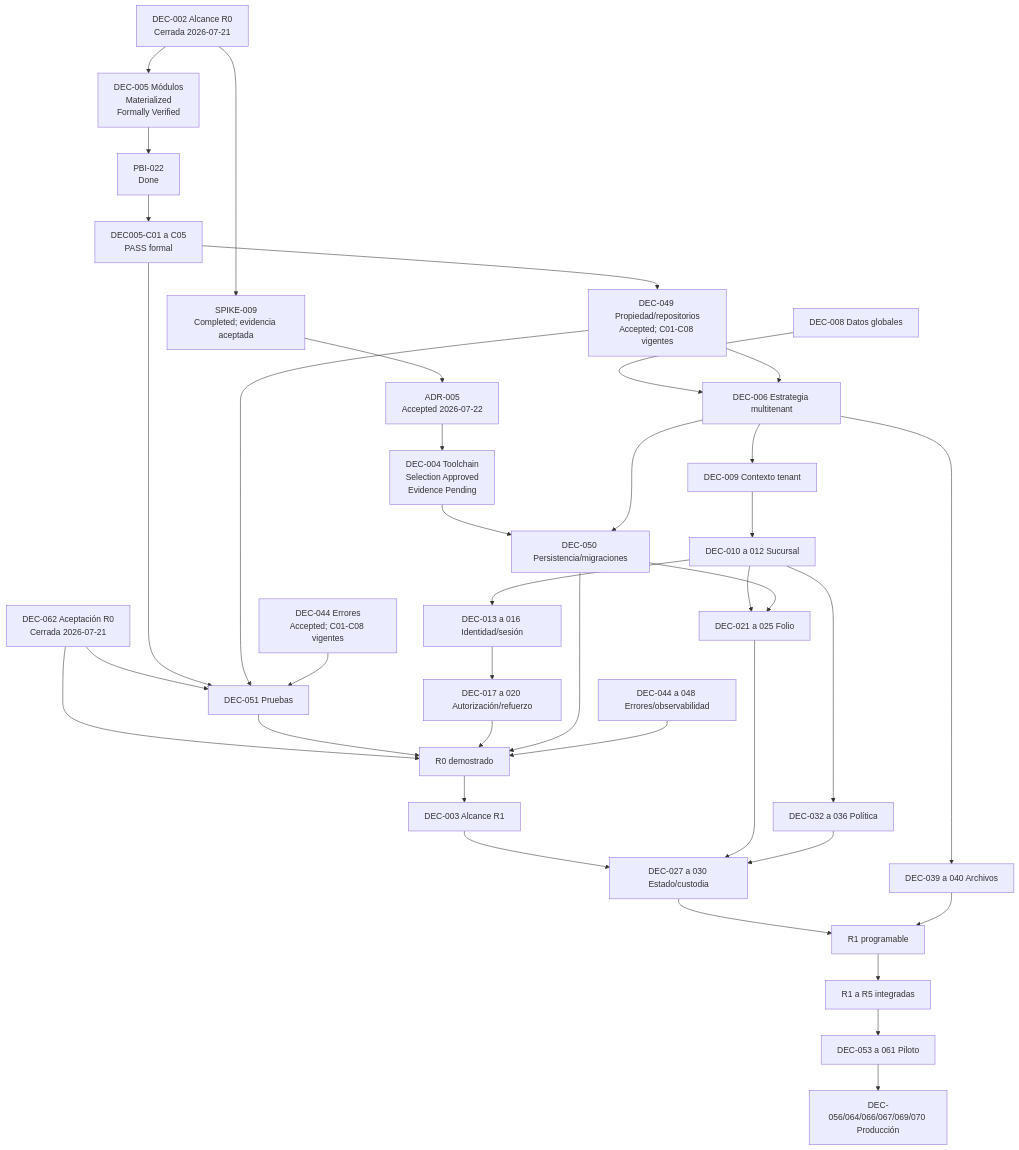
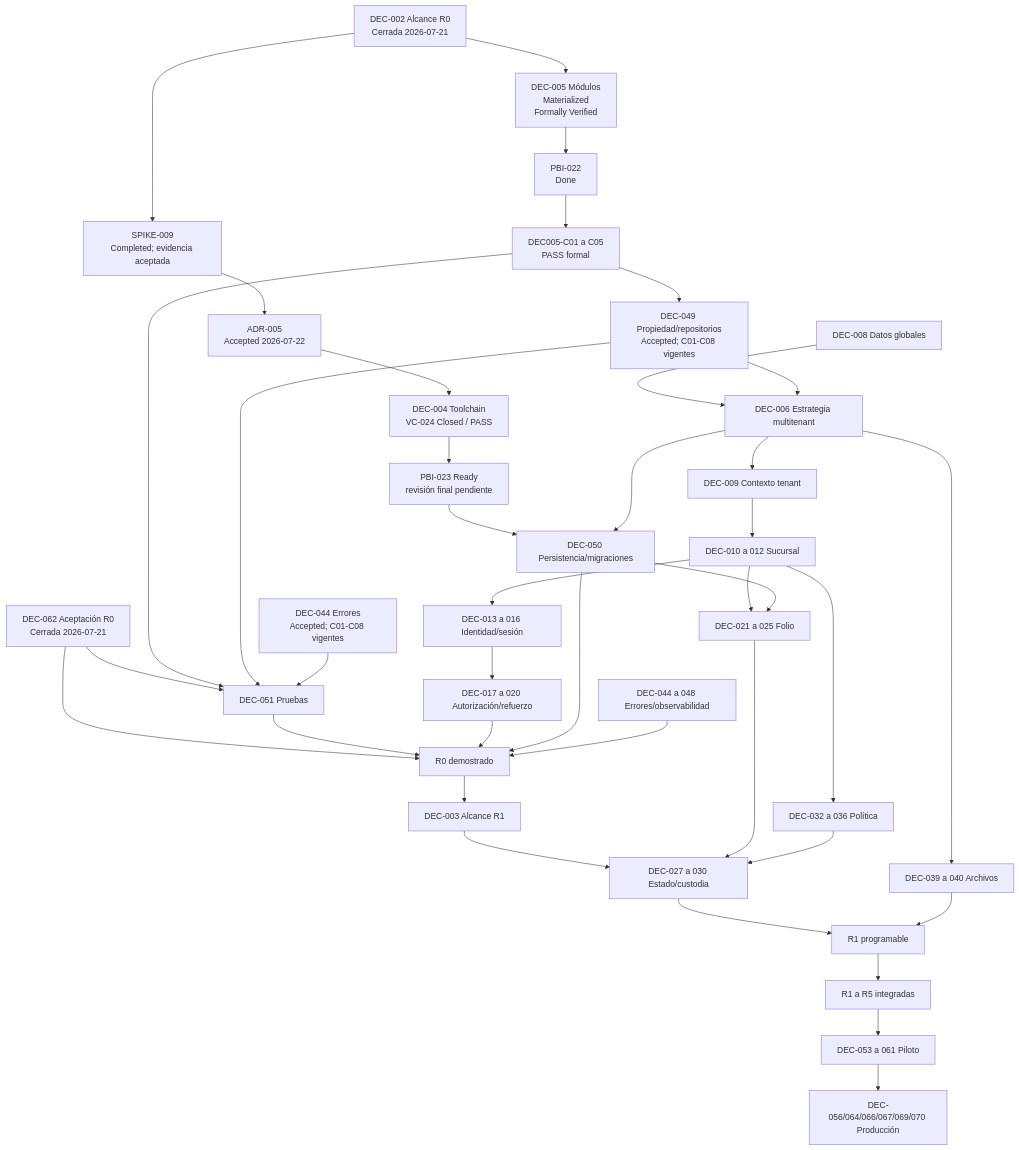
One commit to luisgtzaviles/SrTaller-2.0 changed the diagram in docs/architecture-readiness/blocker-closure/DEPENDENCIAS_ENTRE_DECISIONES.md. Above: the diagram before and after it, drawn with Mermaid. The commit also changed other lines of this file and 59 other files, not shown here.

````diff
--- a/docs/architecture-readiness/blocker-closure/DEPENDENCIAS_ENTRE_DECISIONES.md
+++ b/docs/architecture-readiness/blocker-closure/DEPENDENCIAS_ENTRE_DECISIONES.md
@@ -5,44 +5,45 @@
 ```mermaid
 flowchart TD
     SCOPE[DEC-002 Alcance R0<br/>Cerrada 2026-07-21] --> SPIKE9[SPIKE-009<br/>Completed; evidencia aceptada]
     SPIKE9 --> ADR5[ADR-005<br/>Accepted 2026-07-22]
-    ADR5 --> STACK[DEC-004 Toolchain<br/>Selection Approved<br/>Evidence Pending]
+    ADR5 --> STACK[DEC-004 Toolchain<br/>VC-024 Closed / PASS]
     SCOPE --> MODULES[DEC-005 Módulos<br/>Materialized<br/>Formally Verified]
     MODULES --> PBI22[PBI-022<br/>Done]
     PBI22 --> D5E[DEC005-C01 a C05<br/>PASS formal]
-    ACCEPT[DEC-062 Aceptación R0<br/>Cerrada 2026-07-21] --> TEST[DEC-051 Accepted<br/>C01-C10 Pending]
+    ACCEPT[DEC-062 Aceptación R0<br/>Cerrada 2026-07-21] --> TEST[DEC-051 Accepted<br/>C01/C07/C09 Satisfied]
     ACCEPT --> R0
-    STACK --> DATA[DEC-050 Persistencia/migraciones]
+    STACK --> PBI23[PBI-023 Ready<br/>revisión final pendiente]
+    PBI23 --> DATA[DEC-050 Persistencia/migraciones]
     D5E --> OWN[DEC-049 Propiedad/repositorios<br/>Accepted; C01-C08 vigentes]
     D5E --> TEST
     OWN --> TEST
     ERR[DEC-044 Errores<br/>Accepted; C01-C08 vigentes] --> TEST
 
     GLOBAL[DEC-008 Datos globales] --> MT[DEC-006 Estrategia multitenant]
     OWN --> MT
     MT --> TC[DEC-009 Contexto tenant]
     TC --> BR[DEC-010 a 012 Sucursal]
     BR --> ID[DEC-013 a 016 Identidad/sesión]
     ID --> AUTH[DEC-017 a 020 Autorización/refuerzo]
     MT --> DATA
 
     TEST[DEC-051 Pruebas] --> R0[R0 demostrado]
     AUTH --> R0
     DATA --> R0
     OBS[DEC-044 a 048 Errores/observabilidad] --> R0
 
     R0 --> R1S[DEC-003 Alcance R1]
     BR --> FOLIO[DEC-021 a 025 Folio]
     DATA --> FOLIO
     R1S --> CUST[DEC-027 a 030 Estado/custodia]
     FOLIO --> CUST
     BR --> POLICY[DEC-032 a 036 Política]
     POLICY --> CUST
     MT --> FILES[DEC-039 a 040 Archivos]
     CUST --> R1[R1 programable]
     FILES --> R1
 
     R1 --> MVP[R1 a R5 integradas]
     MVP --> PILOT[DEC-053 a 061 Piloto]
     PILOT --> PROD[DEC-056/064/066/067/069/070 Producción]
 ```
````
